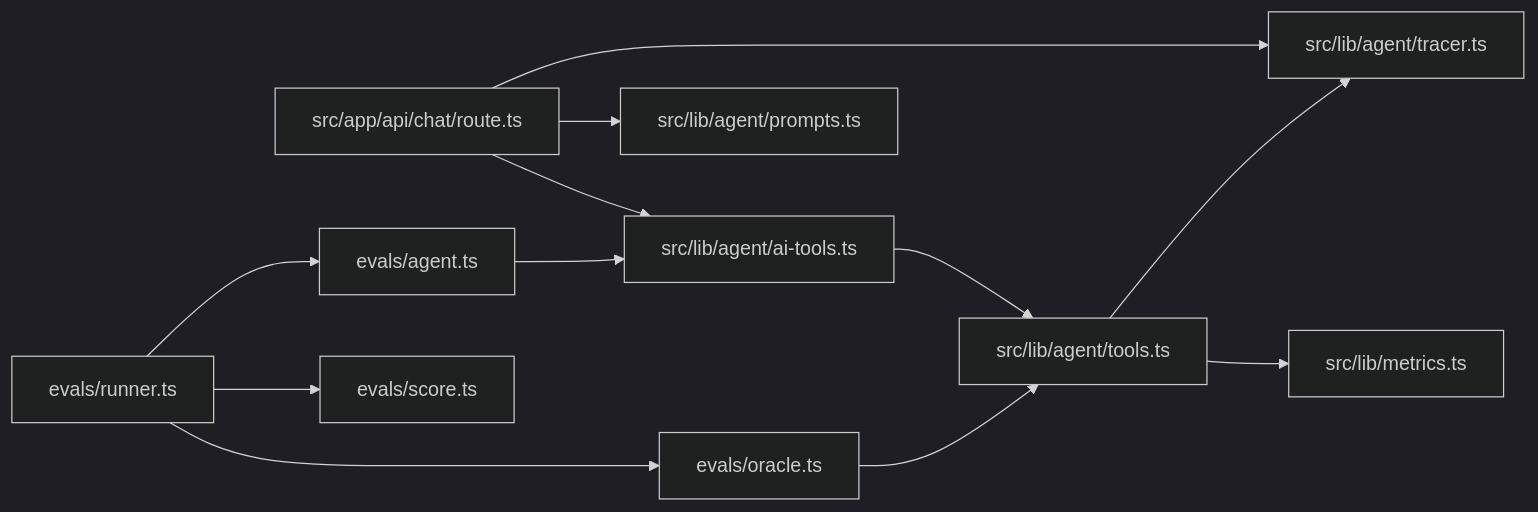
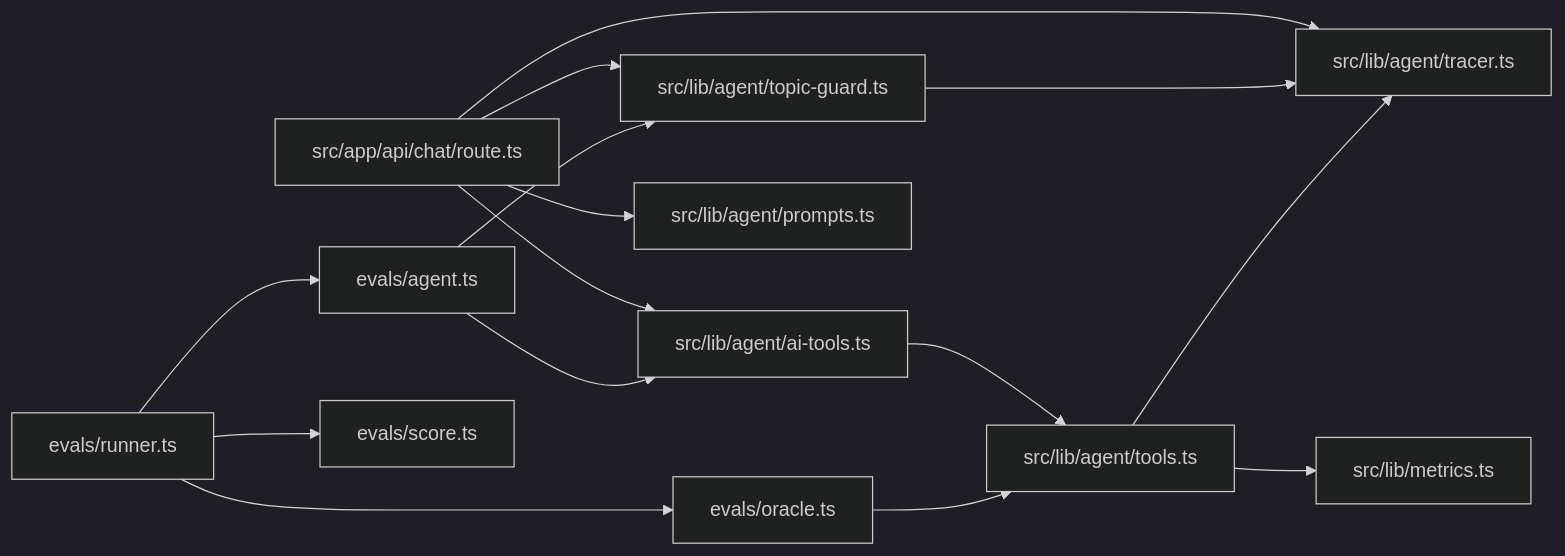
Before and after one commit to amit-lekhak/sales-diagnostics-agent: the third of 3 diagrams in diagrams/ARCHITECTURE.md, drawn with Mermaid (dark theme). The commit also changed other lines of this file and 7 other files, not shown here.

Commit message:
feat: enhance sales diagnostics agent with topic classification and refusal handling

````diff
--- a/diagrams/ARCHITECTURE.md
+++ b/diagrams/ARCHITECTURE.md
@@ -95,25 +104,29 @@
 ```mermaid
 flowchart LR
   Route["src/app/api/chat/route.ts"]
+  TopicGuard["src/lib/agent/topic-guard.ts"]
   AiTools["src/lib/agent/ai-tools.ts"]
   Tools["src/lib/agent/tools.ts"]
   Prompts["src/lib/agent/prompts.ts"]
   Tracer["src/lib/agent/tracer.ts"]
   Metrics["src/lib/metrics.ts"]
   EvalRunner["evals/runner.ts"]
   EvalAgent["evals/agent.ts"]
   EvalOracle["evals/oracle.ts"]
   EvalScore["evals/score.ts"]
 
+  Route --> TopicGuard
   Route --> Prompts
   Route --> AiTools
   Route --> Tracer
+  TopicGuard --> Tracer
   AiTools --> Tools
   Tools --> Metrics
   Tools --> Tracer
   EvalRunner --> EvalOracle
   EvalRunner --> EvalAgent
   EvalRunner --> EvalScore
+  EvalAgent --> TopicGuard
   EvalAgent --> AiTools
   EvalOracle --> Tools
 ```
````
